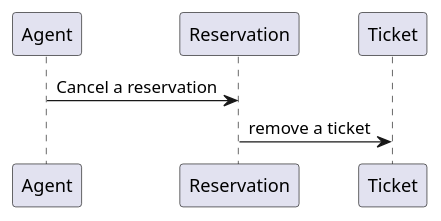
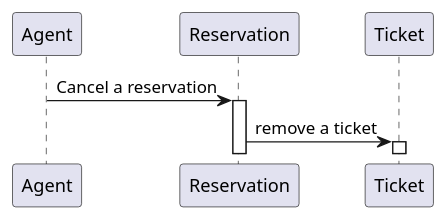
One commit to AlperenElbasan/FlightReservationSystem changed the diagram in Diagrams/Sequence/Agent/cancel_reservation.puml. Above: the diagram before and after it, drawn with PlantUML. The commit also changed 3 other files, not shown here.

Commit message:
update sequence diagram

```diff
--- a/Diagrams/Sequence/Agent/cancel_reservation.puml
+++ b/Diagrams/Sequence/Agent/cancel_reservation.puml
@@ -1,6 +1,9 @@
 @startuml
 
 Agent -> Reservation: Cancel a reservation
+activate Reservation
+
 Reservation -> Ticket: remove a ticket
+activate Ticket
 
 @enduml
```
